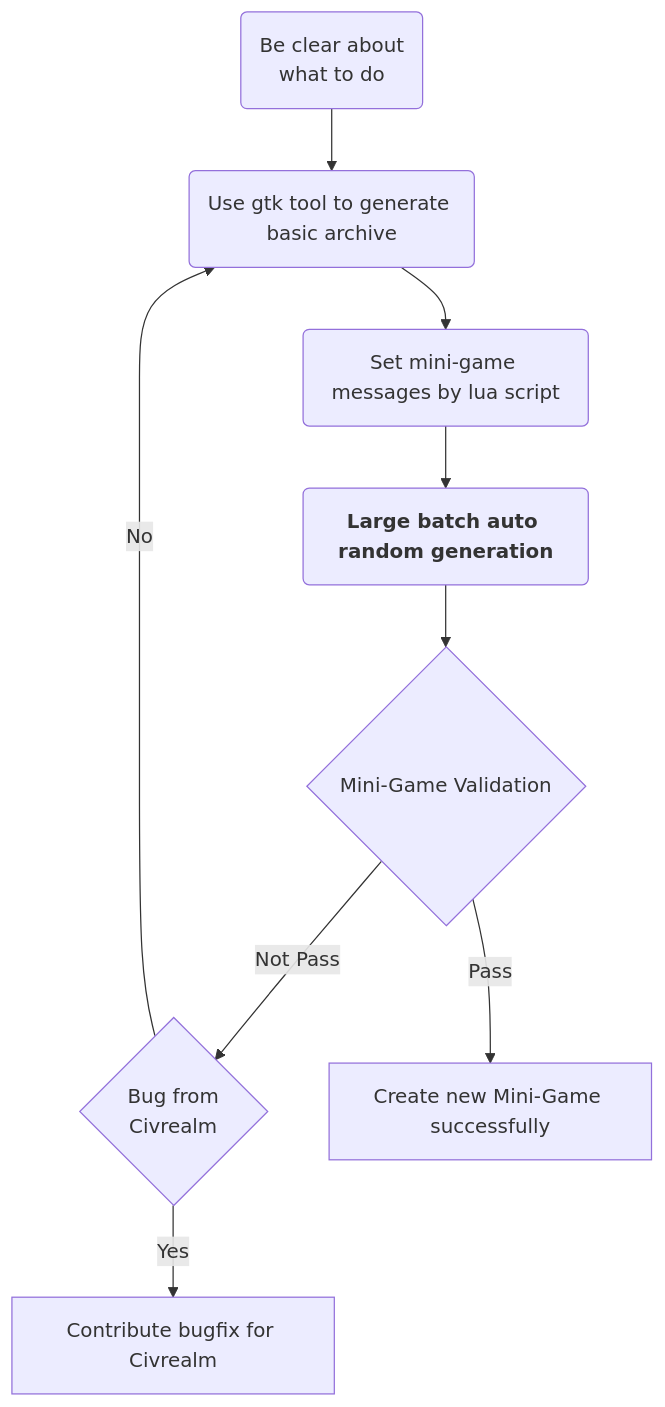
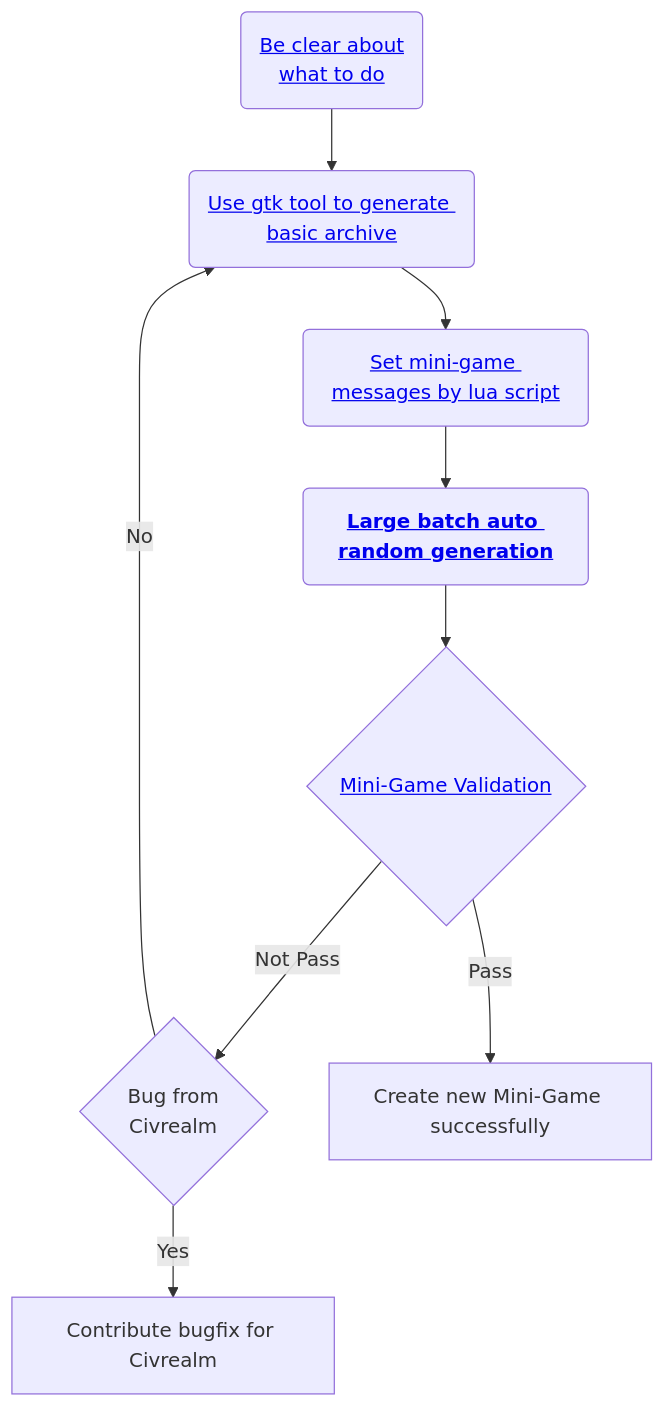
One commit to fdrocha/forecastbench-sim changed the diagram in docs/advanced_materials/minigame_create.md. Above: the diagram before and after it, drawn with Mermaid. The commit also changed other lines of this file and 4 other files, not shown here.

````diff
--- a/docs/advanced_materials/minigame_create.md
+++ b/docs/advanced_materials/minigame_create.md
@@ -7,11 +7,11 @@
 ```mermaid
 graph TD
-    A(Be clear about \nwhat to do) --> D(Use gtk tool to generate basic archive)
-    D --> F(Set mini-game messages by lua script)
-    F --> E(<b>Large batch auto random generation</b>)
-    E --> H{Mini-Game Validation}
+    A(<a href="#be-clear-about-what-to-do">Be clear about \nwhat to do<a>) --> D(<a href="#use-gtk-tool-to-generate-basic-archive">Use gtk tool to generate basic archive</a>)
+    D --> F(<a href="#set-mini-game-messages-by-lua-script">Set mini-game messages by lua script</a>)
+    F --> E(<b><a href="#large-batch-auto-random-generation">Large batch auto random generation</a></b>)
+    E --> H{<a href="#mini-game-validation">Mini-Game Validation</a>}
     H --> |Not Pass| J{Bug from \nCivrealm}
     J --> |Yes| K[Contribute bugfix for Civrealm]
     J --> |No| D
     H --> |Pass| I[Create new Mini-Game successfully]
 ```
````
